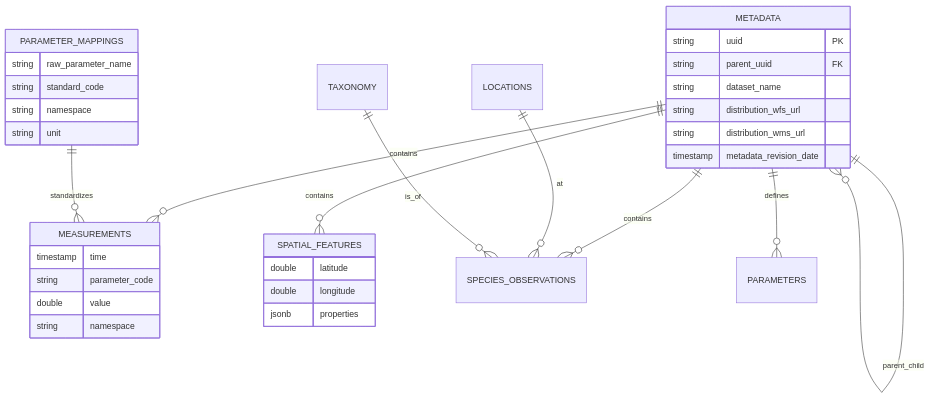
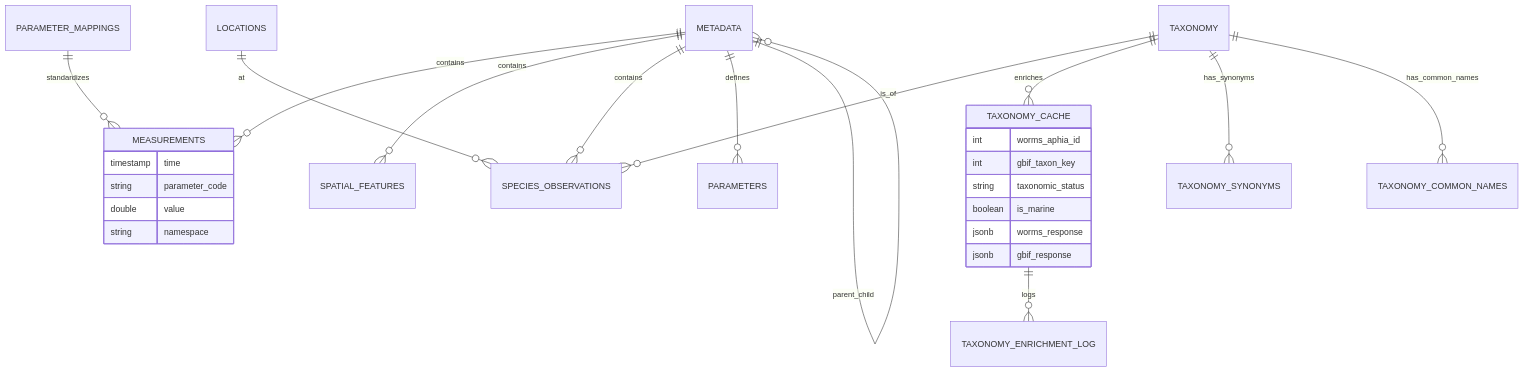
One commit to botheredbybees/huon-channel-marine-analytics changed the diagram in docs/database_schema.md. Above: the diagram before and after it, drawn with Mermaid. The commit also changed other lines of this file, not shown here.

First line of the commit message:
docs: Add comprehensive taxonomy enrichment section to schema docs

````diff
--- a/docs/database_schema.md
+++ b/docs/database_schema.md
@@ -510,42 +719,33 @@
 ```mermaid
 erDiagram
     METADATA ||--o{ MEASUREMENTS : contains
     METADATA ||--o{ SPATIAL_FEATURES : contains
     METADATA ||--o{ SPECIES_OBSERVATIONS : contains
     METADATA ||--o{ PARAMETERS : defines
     METADATA ||--o{ METADATA : parent_child
 
     LOCATIONS ||--o{ SPECIES_OBSERVATIONS : at
     TAXONOMY ||--o{ SPECIES_OBSERVATIONS : is_of
+    TAXONOMY ||--o{ TAXONOMY_CACHE : enriches
+    TAXONOMY_CACHE ||--o{ TAXONOMY_ENRICHMENT_LOG : logs
+    TAXONOMY ||--o{ TAXONOMY_SYNONYMS : has_synonyms
+    TAXONOMY ||--o{ TAXONOMY_COMMON_NAMES : has_common_names
     
     PARAMETER_MAPPINGS ||--o{ MEASUREMENTS : standardizes
 
     MEASUREMENTS {
         timestamp time
         string parameter_code
         double value
         string namespace
     }
     
-    SPATIAL_FEATURES {
-        double latitude
-        double longitude
-        jsonb properties
-    }
-    
-    PARAMETER_MAPPINGS {
-        string raw_parameter_name
-        string standard_code
-        string namespace
-        string unit
-    }
-    
-    METADATA {
-        string uuid PK
-        string parent_uuid FK
-        string dataset_name
-        string distribution_wfs_url
-        string distribution_wms_url
-        timestamp metadata_revision_date
+    TAXONOMY_CACHE {
+        int worms_aphia_id
+        int gbif_taxon_key
+        string taxonomic_status
+        boolean is_marine
+        jsonb worms_response
+        jsonb gbif_response
     }
 ```
````
